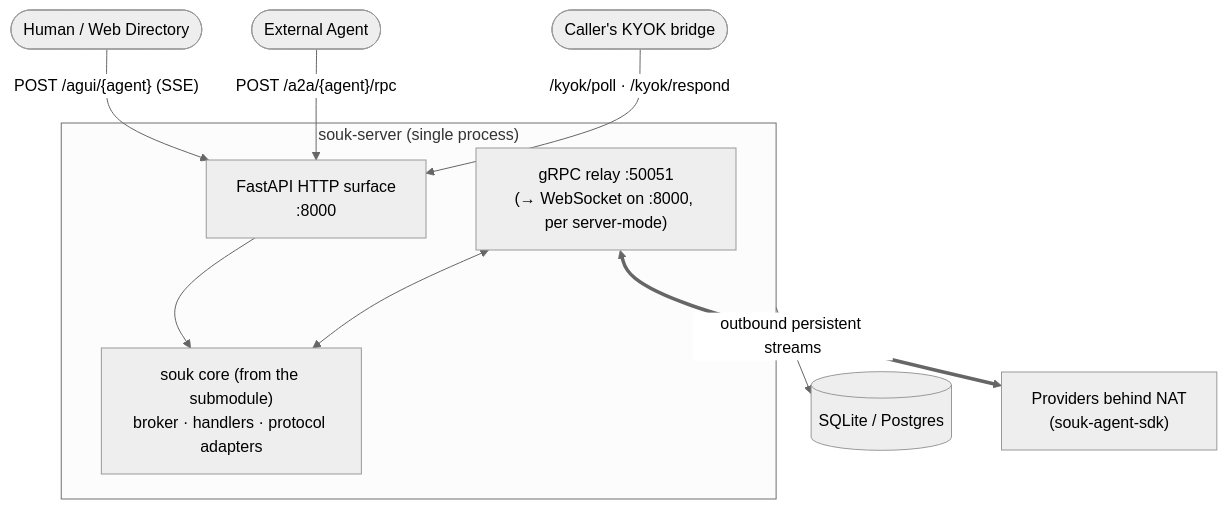
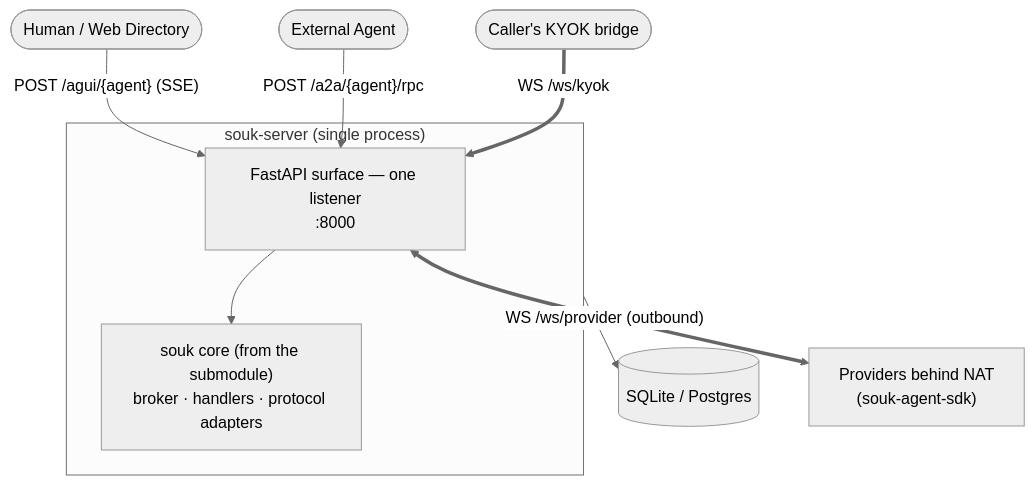
One commit to hukaichun/AgentSoukServer changed the diagram in README.md. Above: the diagram before and after it, drawn with Mermaid (neutral theme). The commit also changed other lines of this file and 15 other files, not shown here.

First line of the commit message:
Strip gRPC: one listener is the whole gateway

````diff
--- a/README.md
+++ b/README.md
@@ -56,14 +53,13 @@
 ```mermaid
 graph TD
-    User([Human / Web Directory]) -->|"POST /agui/{agent} (SSE)"| HTTP["FastAPI HTTP surface<br/>:8000"]
+    User([Human / Web Directory]) -->|"POST /agui/{agent} (SSE)"| HTTP["FastAPI surface — one listener<br/>:8000"]
     CallerAgent([External Agent]) -->|"POST /a2a/{agent}/rpc"| HTTP
-    Bridge([Caller's KYOK bridge]) -->|"/kyok/poll · /kyok/respond"| HTTP
+    Bridge([Caller's KYOK bridge]) ==>|"WS /ws/kyok"| HTTP
 
     subgraph Process ["souk-server (single process)"]
         HTTP --> Core["souk core (from the submodule)<br/>broker · handlers · protocol adapters"]
-        GRPC["gRPC relay :50051<br/>(→ WebSocket on :8000, per server-mode)"] <--> Core
     end
 
     Process --> DB[(SQLite / Postgres)]
-    GRPC <== "outbound persistent streams" ==> Providers["Providers behind NAT<br/>(souk-agent-sdk)"]
+    HTTP <== "WS /ws/provider (outbound)" ==> Providers["Providers behind NAT<br/>(souk-agent-sdk)"]
 ```
````
